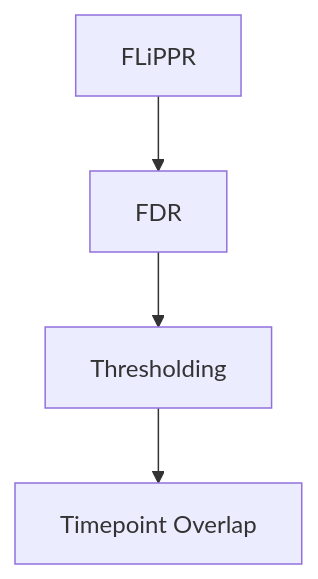
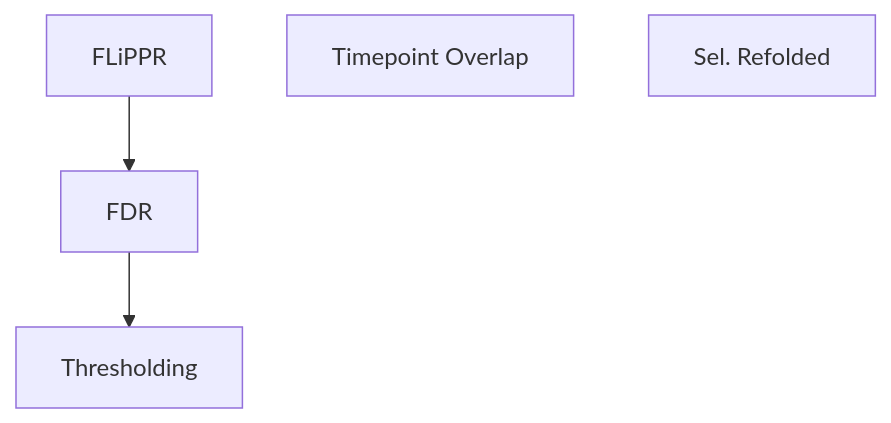
Before and after one commit to obrien-lab-psu/Failure-to-Form_Native_Entanglements: the diagram in Processing_LiP-MS_data/README.md, drawn with Mermaid.

Commit message:
added refolded gene selection

````diff
--- a/Processing_LiP-MS_data/README.md
+++ b/Processing_LiP-MS_data/README.md
@@ -4,9 +4,12 @@
 ```mermaid
 graph TD
-    A[FLiPPR] --> B[FDR] --> C[Thresholding] --> D[Timepoint Overlap]
+    A[FLiPPR] --> B[FDR] --> C[Thresholding]
+    D[Timepoint Overlap]
+    E[Sel. Refolded]
     click A "https://github.com/obrien-lab-psu/Failure-to-Form_Native_Entanglements/tree/main/Processing_LiP-MS_data#flippr"
     click B "https://github.com/obrien-lab-psu/Failure-to-Form_Native_Entanglements/tree/main/Processing_LiP-MS_data#false-discovery-rate-correction"
     click C "https://github.com/obrien-lab-psu/Failure-to-Form_Native_Entanglements/tree/main/Processing_LiP-MS_data#thresholding-observed-proteins-by-spa-and-lipms-coverage"
     click D "https://github.com/obrien-lab-psu/Failure-to-Form_Native_Entanglements/tree/main/Processing_LiP-MS_data#overlap-of-misfolded-genes-and-pk-sites-across-1min-5min-and-2hr-of-refolding-in-lip-ms-experiments"
+    click E "https://github.com/obrien-lab-psu/Failure-to-Form_Native_Entanglements/tree/main/Processing_LiP-MS_data#selecting-refolded-candidates-for-simulation"
 
 ``` 
````
